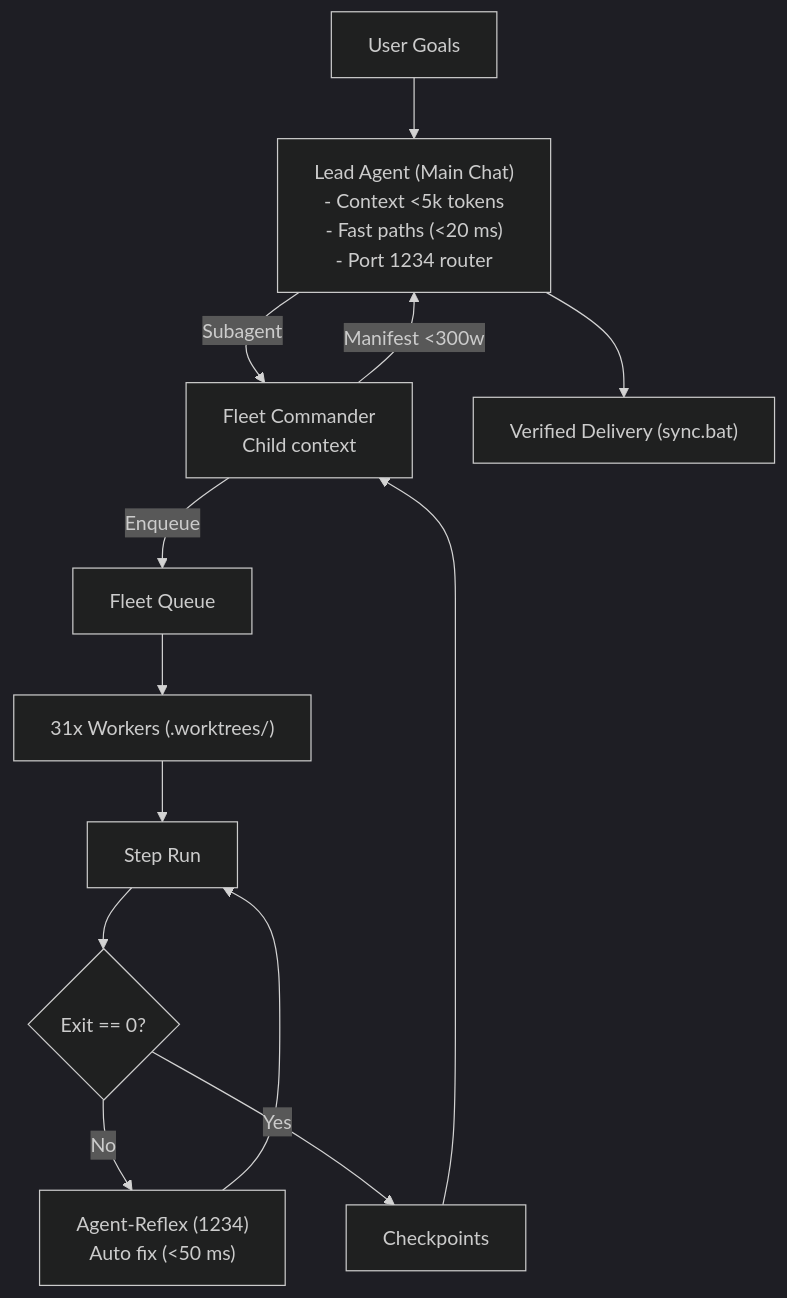
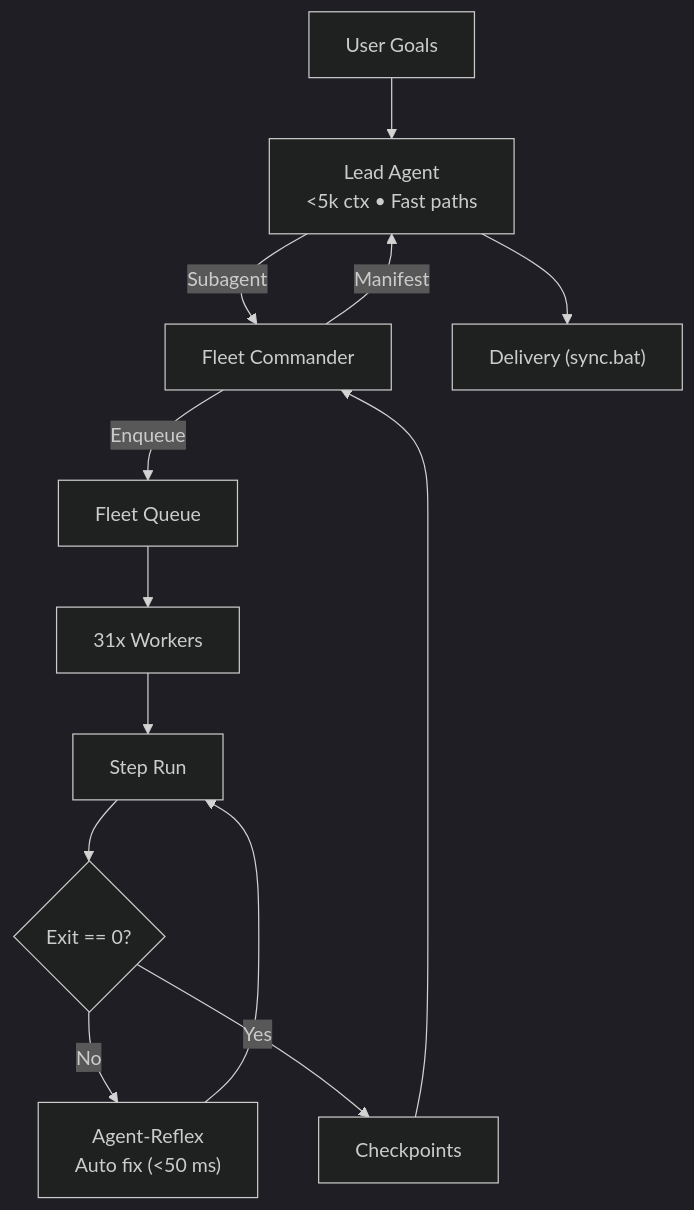
The diagram in .agents/skills/adaptive-workflow/SKILL.md (AaradhyaDT/Fleet-Orchestrator), drawn with Mermaid (dark theme) before and after one commit. The commit also changed other lines of this file and 21 other files, not shown here.

````diff
--- a/.agents/skills/adaptive-workflow/SKILL.md
+++ b/.agents/skills/adaptive-workflow/SKILL.md
@@ -14,13 +14,13 @@
 ```mermaid
 flowchart TD
-    User["User Goals"] --> Lead["Lead Agent (Main Chat)\n- Context <5k tokens\n- Fast paths (<20 ms)\n- Port 1234 router"]
-    Lead -->|"Subagent"| Cmdr["Fleet Commander\nChild context"]
+    User["User Goals"] --> Lead["Lead Agent\n<5k ctx • Fast paths"]
+    Lead -->|"Subagent"| Cmdr["Fleet Commander"]
     Cmdr -->|"Enqueue"| Q["Fleet Queue"]
-    Q --> W["31x Workers (.worktrees/<task_id>)"]
+    Q --> W["31x Workers"]
     W --> Exec["Step Run"]
     Exec --> Err{"Exit == 0?"}
-    Err -- No --> Reflex["Agent-Reflex (1234)\nAuto fix (<50 ms)"]
+    Err -- No --> Reflex["Agent-Reflex\nAuto fix (<50 ms)"]
     Reflex --> Exec
     Err -- Yes --> CP["Checkpoints"]
-    CP --> Cmdr -->|"Manifest <300w"| Lead --> Delivery["Verified Delivery (sync.bat)"]
+    CP --> Cmdr -->|"Manifest"| Lead --> Delivery["Delivery (sync.bat)"]
 ```
````
